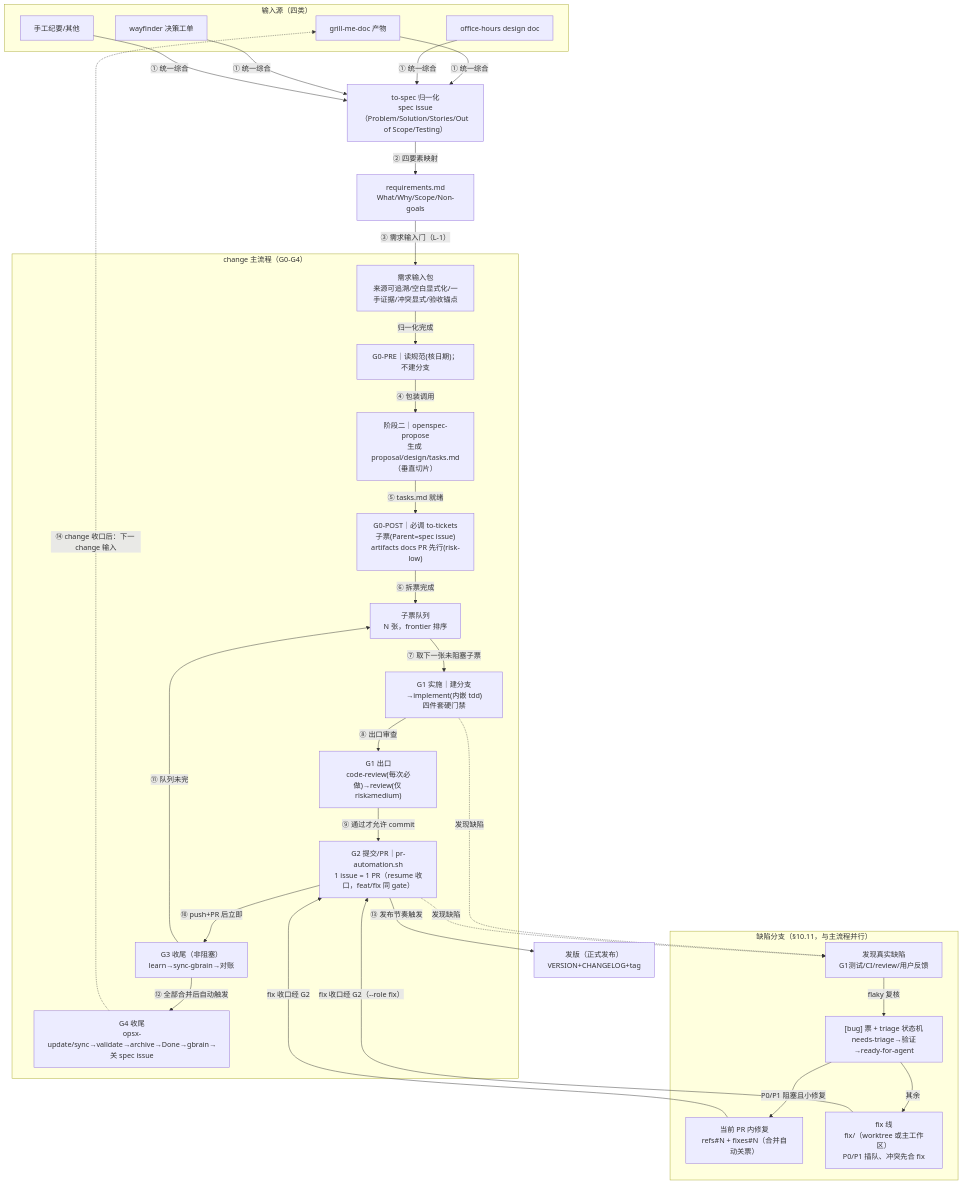
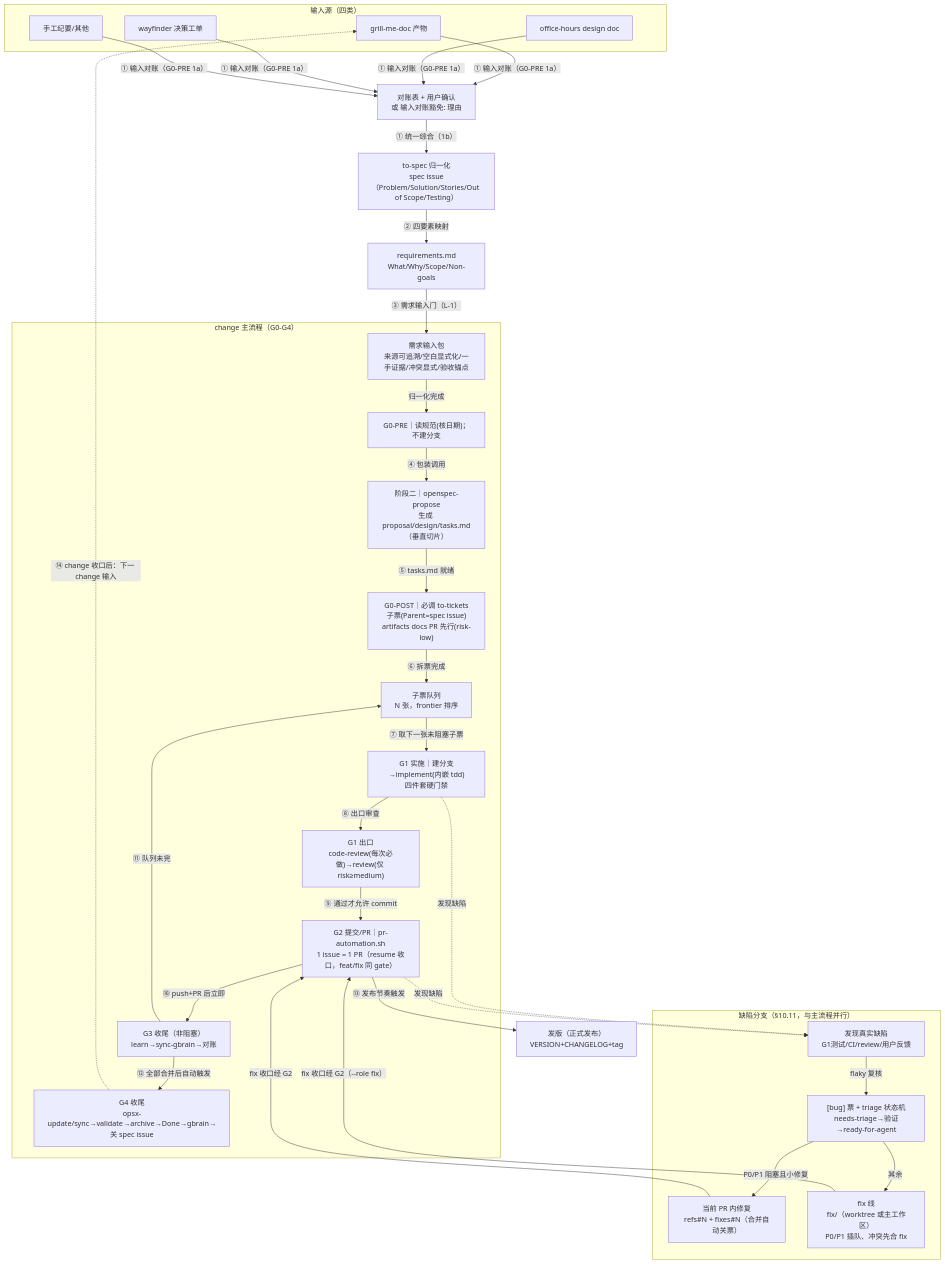
The diagram in skills/change-workflow/SKILL.md (jianxi-dev/change-workflow), drawn with Mermaid before and after one commit. The commit also changed other lines of this file and 8 other files, not shown here.

````diff
--- a/skills/change-workflow/SKILL.md
+++ b/skills/change-workflow/SKILL.md
@@ -78,36 +78,37 @@
 ```mermaid
 flowchart TB
   subgraph 输入源["输入源（四类）"]
     A1["grill-me-doc 产物"]
     A2["office-hours design doc"]
     A3["wayfinder 决策工单"]
     A4["手工纪要/其他"]
   end
-  A1 & A2 & A3 & A4 -->|"① 统一综合"| T["to-spec 归一化<br/>spec issue（Problem/Solution/Stories/Out of Scope/Testing）"]
+  A1 & A2 & A3 & A4 -->|"① 输入对账（G0-PRE 1a）"| R["对账表 + 用户确认<br/>或 输入对账豁免: 理由"]
+  R -->|"① 统一综合（1b）"| T["to-spec 归一化<br/>spec issue（Problem/Solution/Stories/Out of Scope/Testing）"]
   T -->|"② 四要素映射"| A5["requirements.md<br/>What/Why/Scope/Non-goals"]
   A5 -->|"③ 需求输入门（L-1）"| A6["需求输入包<br/>来源可追溯/空白显式化/一手证据/冲突显式/验收锚点"]
   subgraph 主流程["change 主流程（G0-G4）"]
     A6 -->|"归一化完成"| B["G0-PRE｜读规范(核日期)；不建分支"]
     B -->|"④ 包装调用"| C["阶段二｜openspec-propose<br/>生成 proposal/design/tasks.md（垂直切片）"]
     C -->|"⑤ tasks.md 就绪"| D["G0-POST｜必调 to-tickets<br/>子票(Parent=spec issue)<br/>artifacts docs PR 先行(risk-low)"]
     D -->|"⑥ 拆票完成"| Q["子票队列<br/>N 张，frontier 排序"]
     Q -->|"⑦ 取下一张未阻塞子票"| E["G1 实施｜建分支→implement(内嵌 tdd)<br/>四件套硬门禁"]
     E -->|"⑧ 出口审查"| E2["G1 出口<br/>code-review(每次必做)→review(仅 risk≥medium)"]
     E2 -->|"⑨ 通过才允许 commit"| F["G2 提交/PR｜pr-automation.sh<br/>1 issue = 1 PR（resume 收口，feat/fix 同 gate）"]
     F -->|"⑩ push+PR 后立即"| G["G3 收尾（非阻塞）<br/>learn→sync-gbrain→对账"]
     G -->|"⑪ 队列未完"| Q
     G -->|"⑫ 全部合并后自动触发"| H["G4 收尾<br/>opsx-update/sync→validate→archive→Done→gbrain→关 spec issue"]
   end
   subgraph 缺陷线["缺陷分支（§10.11，与主流程并行）"]
     X1["发现真实缺陷<br/>G1测试/CI/review/用户反馈"]
     X1 -->|"flaky 复核"| X2["[bug] 票 + triage 状态机<br/>needs-triage→验证→ready-for-agent"]
     X2 -->|"P0/P1 阻塞且小修复"| X3["当前 PR 内修复<br/>refs#N + fixes#N（合并自动关票）"]
     X2 -->|"其余"| X4["fix 线<br/>fix/<slug>（worktree 或主工作区）<br/>P0/P1 插队、冲突先合 fix"]
     X3 -->|"fix 收口经 G2"| F
     X4 -->|"fix 收口经 G2（--role fix）"| F
   end
   E -.->|"发现缺陷"| X1
   F -.->|"发现缺陷"| X1
   F -->|"⑬ 发布节奏触发"| S["发版（正式发布）<br/>VERSION+CHANGELOG+tag"]
   H -.->|"⑭ change 收口后：下一 change 输入"| A1
 ```
````
